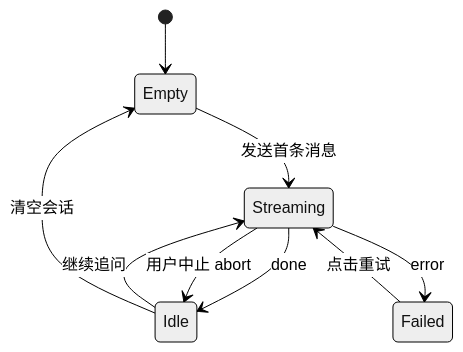
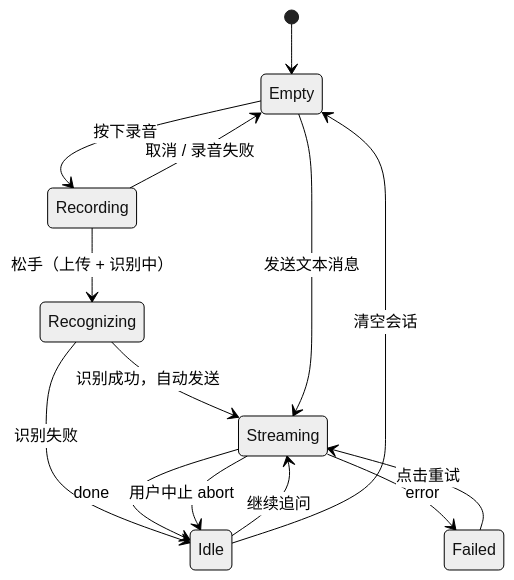
The fifth of 10 diagrams in docs/百果AI助手-模块设计.md (lixuanning/hubstoreTrellis), drawn with Mermaid (neutral theme) before and after one commit. The commit also changed other lines of this file and 1 other file, not shown here.

````diff
--- a/docs/百果AI助手-模块设计.md
+++ b/docs/百果AI助手-模块设计.md
@@ -216,11 +271,16 @@
 ```mermaid
 stateDiagram-v2
   [*] --> Empty
-  Empty --> Streaming : 发送首条消息
+  Empty --> Recording : 按下录音
+  Recording --> Empty : 取消 / 录音失败
+  Recording --> Recognizing : 松手（上传 + 识别中）
+  Recognizing --> Streaming : 识别成功，自动发送
+  Recognizing --> Idle : 识别失败
+  Empty --> Streaming : 发送文本消息
+  Idle --> Streaming : 继续追问
   Streaming --> Idle : done
   Streaming --> Idle : 用户中止 abort
   Streaming --> Failed : error
   Failed --> Streaming : 点击重试
-  Idle --> Streaming : 继续追问
   Idle --> Empty : 清空会话
 ```
````
